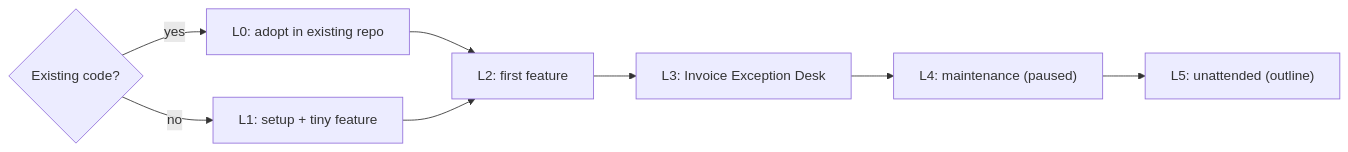
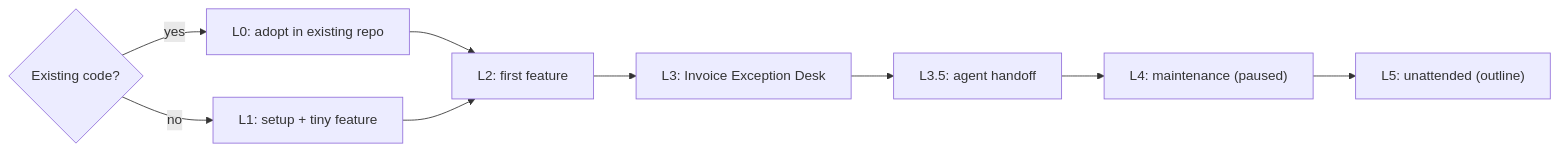
Before and after one commit to tosin2013/invoice-exception-desk: the fourth of 4 diagrams in docs/index.md, drawn with Mermaid. The commit also changed other lines of this file and 4 other files, not shown here.

Commit message:
docs: add L3.5 two-agent handoff walkthrough (l3h-handoff); link from Home, L3 footer and llms.txt (L4 stays paused)

````diff
--- a/docs/index.md
+++ b/docs/index.md
@@ -102,8 +102,8 @@
 ```mermaid
 flowchart LR
   Q{Existing code?} -->|yes| L0["L0: adopt in existing repo"]
   Q -->|no| L1["L1: setup + tiny feature"]
   L0 --> L2["L2: first feature"]
   L1 --> L2
-  L2 --> L3["L3: Invoice Exception Desk"] --> L4["L4: maintenance (paused)"] --> L5["L5: unattended (outline)"]
+  L2 --> L3["L3: Invoice Exception Desk"] --> L35["L3.5: agent handoff"] --> L4["L4: maintenance (paused)"] --> L5["L5: unattended (outline)"]
 ```
````
